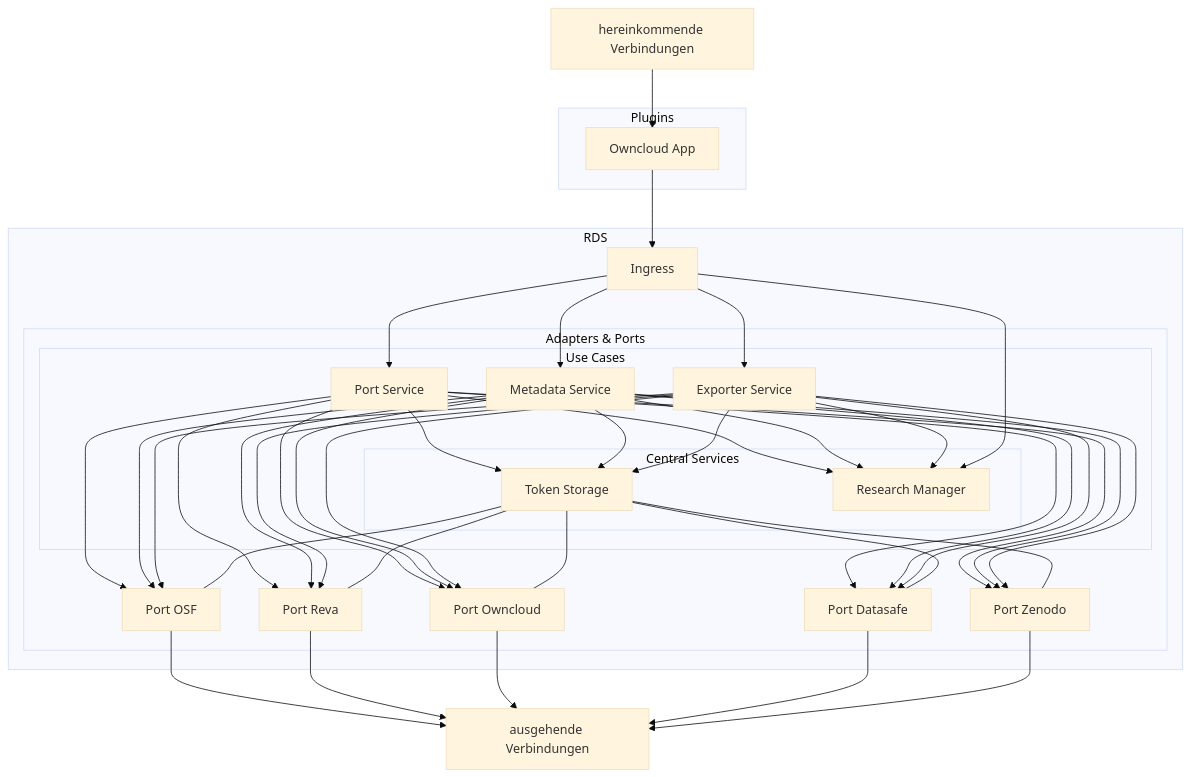
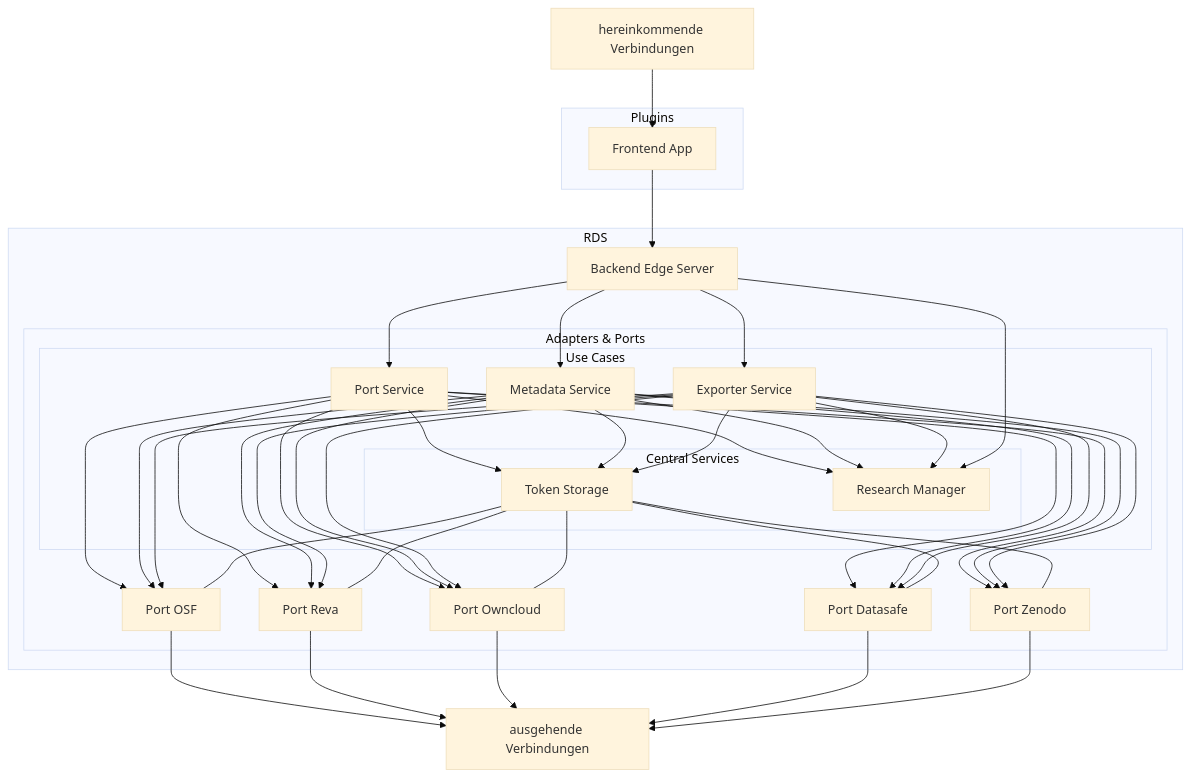
One commit to Sciebo-RDS/Sciebo-RDS changed the diagram in docs/content/doc/impl/infrastructure/ecosystem.de.md. Above: the diagram before and after it, drawn with Mermaid (base theme). The commit also changed 1 other file, not shown here.

Commit message:
rename ingress server

````diff
--- a/docs/content/doc/impl/infrastructure/ecosystem.de.md
+++ b/docs/content/doc/impl/infrastructure/ecosystem.de.md
@@ -18,70 +18,70 @@
 ```mermaid
 graph TD;
   %% define nodes
   
   subgraph Plugins
-      OP[Owncloud App]
+      OP[Frontend App]
   end
 
   subgraph RDS
-    Ingress
+    Ingress[Backend Edge Server]
 
     subgraph Adapters & Ports
       %% SPAEx[SPA Exporter]
       %% SPATS[SPA Token Storage]
 
       PInvenio[Port Zenodo]
       POwncloud[Port Owncloud]
       POSF[Port OSF]
       PReva[Port Reva]
       PDatasafe[Port Datasafe]
 
       subgraph Use Cases
         UCExporter[Exporter Service]
         UCPort[Port Service]
         UCMetadata[Metadata Service]
         %% UCProject[Project Service]
 
         subgraph Central Services
           CSToken[Token Storage]
           CSProject[Research Manager]
         end
       end
     end
   end
 
   WWWI[hereinkommende Verbindungen]
   WWWO[ausgehende Verbindungen]
 
   click OP "/doc/impl/plugins/owncloud/"
 
   click PInvenio "/doc/impl/ports/port-invenio"
   click POwncloud "/doc/impl/ports/port-storage"
   click PReva "https://github.com/Sciebo-RDS/port-reva"
   click POSF "/doc/impl/ports/port-osf"
   click PDatasafe "https://github.com/Sciebo-RDS/port_datasafe"
 
   click UCPort "/doc/impl/use-cases/port-service"
   click UCExporter "/doc/impl/use-cases/exporter"
   click UCMetadata "/doc/impl/use-cases/metadata"
 
   click CSProject "/doc/impl/central/research-manager"
   click CSToken ""/doc/impl/central/token-storage""
 
   %% define connections
   WWWI --> OP
   OP --> Ingress
 
   %% Ingress --> SPAEx --> UCExporter
   %% Ingress --> SPATS --> CSToken
   %% Ingress -->|Nur für die Registration von neuen Tokens| ARegister
   Ingress --> CSProject & UCExporter & UCMetadata & UCPort
 
   %% UCExporter --> UCProject
   %% UCProject --> CSProject
 
   CSToken --- PInvenio & POwncloud & PReva & POSF & PDatasafe
   UCExporter & UCMetadata & UCPort --> PInvenio & POwncloud & PReva & POSF & PDatasafe & CSProject & CSToken
 
   PInvenio & PDatasafe & POwncloud & PReva & POSF --> WWWO
 ```
````
